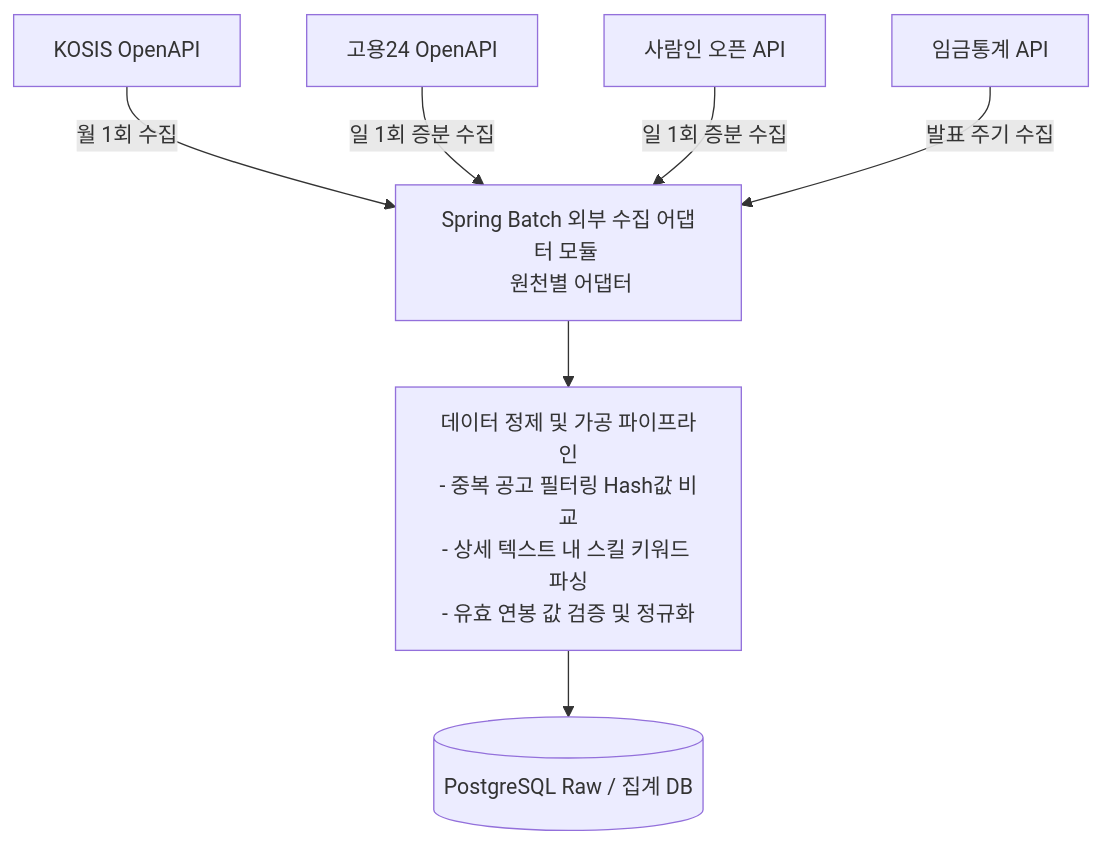
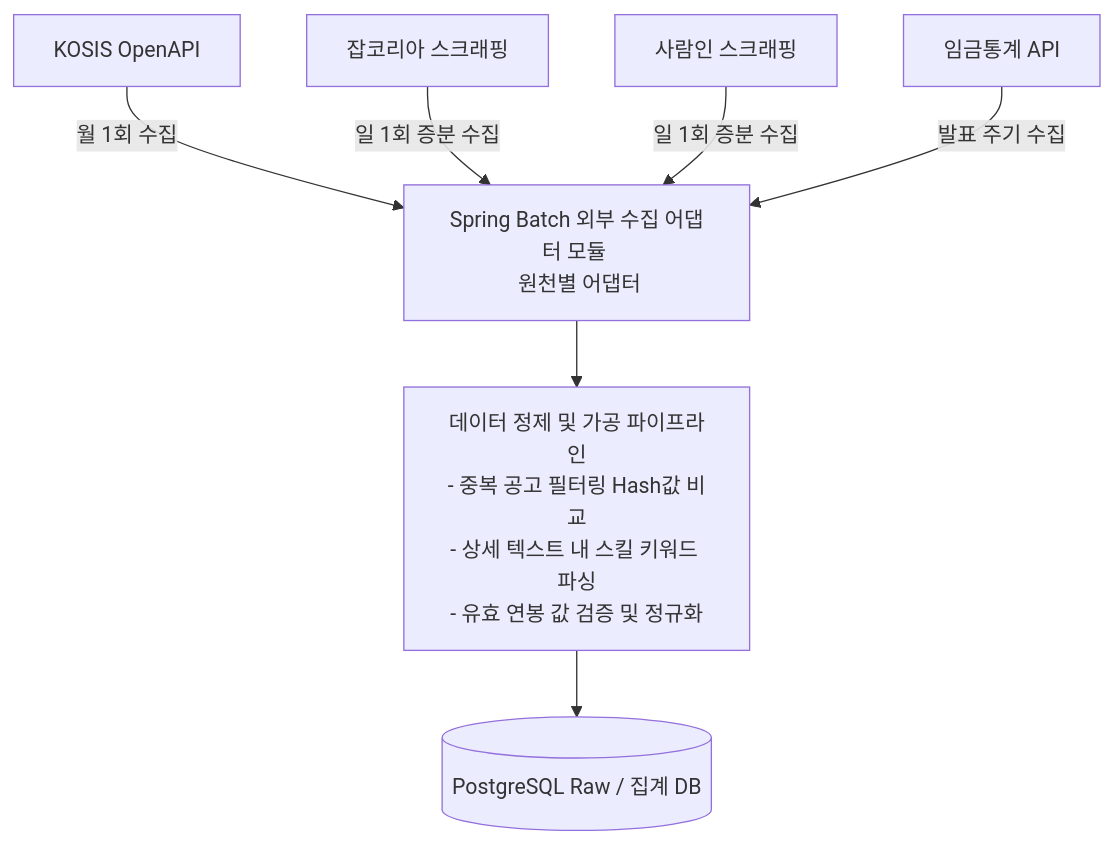
Before and after one commit to SeoHyeokGyu/Carix: the diagram in docs/research/data-collection-feasibility.md, drawn with Mermaid. The commit also changed other lines of this file and 2 other files, not shown here.

````diff
--- a/docs/research/data-collection-feasibility.md
+++ b/docs/research/data-collection-feasibility.md
@@ -65,9 +64,9 @@
 ```mermaid
 flowchart TD
     Kosis[KOSIS OpenAPI] -->|월 1회 수집| Batch[Spring Batch 외부 수집 어댑터 모듈 <br> 원천별 어댑터]
-    Work24[고용24 OpenAPI] -->|일 1회 증분 수집| Batch
-    Saramin[사람인 오픈 API] -->|일 1회 증분 수집| Batch
+    JobKorea[잡코리아 스크래핑] -->|일 1회 증분 수집| Batch
+    Saramin[사람인 스크래핑] -->|일 1회 증분 수집| Batch
     Wage[임금통계 API] -->|발표 주기 수집| Batch
     Batch --> Pipeline[데이터 정제 및 가공 파이프라인<br>- 중복 공고 필터링 Hash값 비교<br>- 상세 텍스트 내 스킬 키워드 파싱<br>- 유효 연봉 값 검증 및 정규화]
     Pipeline --> DB[(PostgreSQL Raw / 집계 DB)]
 ```
````
